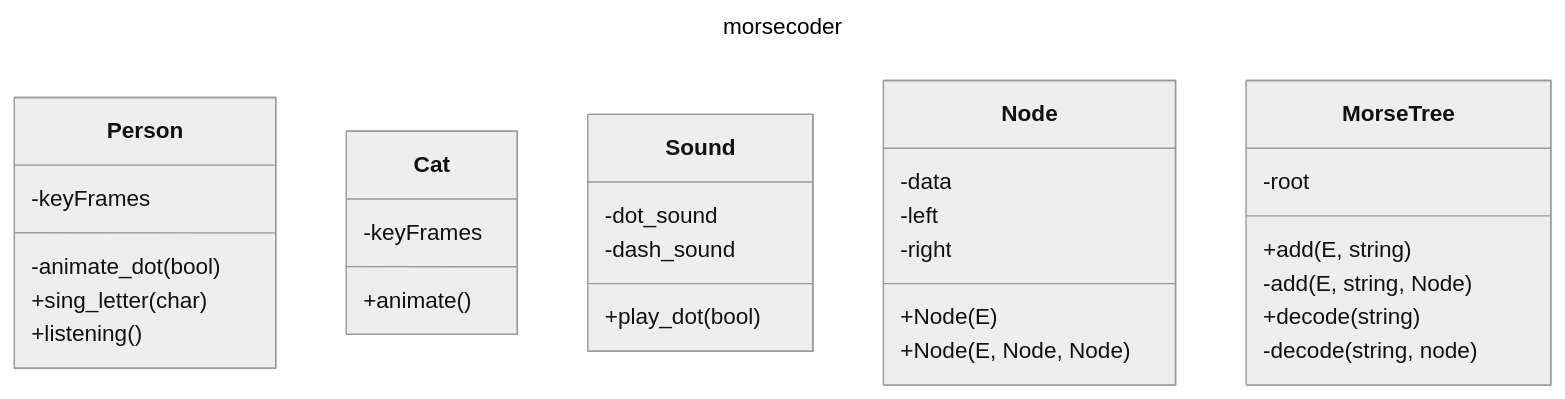
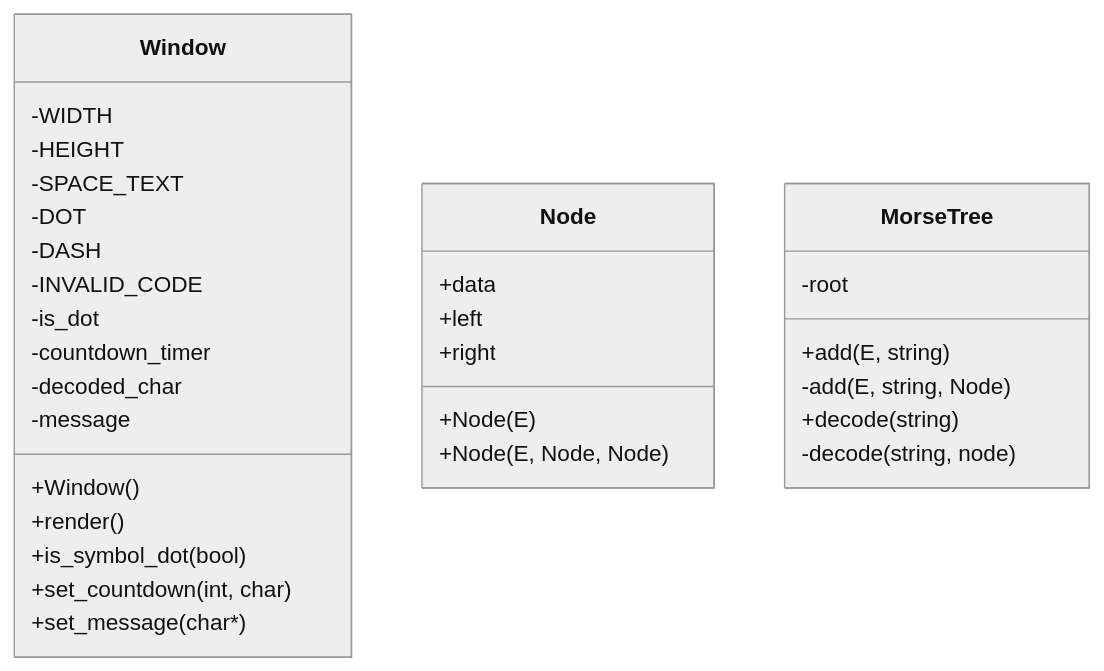
Before and after one commit to shinysocks/csc2210: the first of 2 diagrams in morsecoder/README.md, drawn with Mermaid (neutral theme). The commit also changed other lines of this file and 12 other files, not shown here.

````diff
--- a/morsecoder/README.md
+++ b/morsecoder/README.md
@@ -2,40 +12,38 @@
 ```mermaid
----
-title: morsecoder
----
 classDiagram
 
-class Person {
-    -keyFrames
-    -animate_dot(bool)
-    +sing_letter(char)
-    +listening()
-}
+class Window {
+    -WIDTH
+    -HEIGHT
+    -SPACE_TEXT
+    -DOT
+    -DASH
+    -INVALID_CODE
+    -is_dot
+    -countdown_timer
+    -decoded_char
+    -message
 
-class Cat {
-    -keyFrames
-    +animate()
-}
-
-class Sound {
-    -dot_sound
-    -dash_sound
-    +play_dot(bool)
+    +Window()
+    +render()
+    +is_symbol_dot(bool)
+    +set_countdown(int, char)
+    +set_message(char*)
 }
 
 class Node {
-    -data
-    -left
-    -right
+    +data
+    +left
+    +right
     +Node(E)
     +Node(E, Node, Node)
 }
 
 class MorseTree {
     -root
     +add(E, string)
     -add(E, string, Node)
     +decode(string)
     -decode(string, node)
 }
 ```
````
